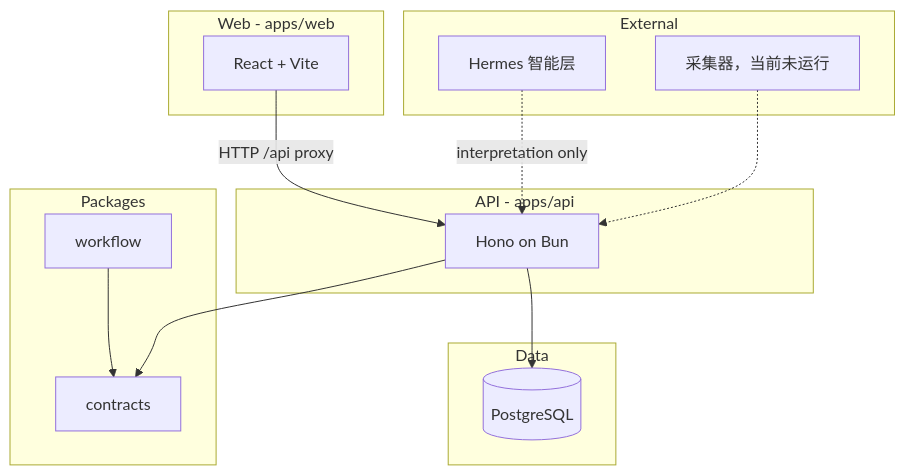
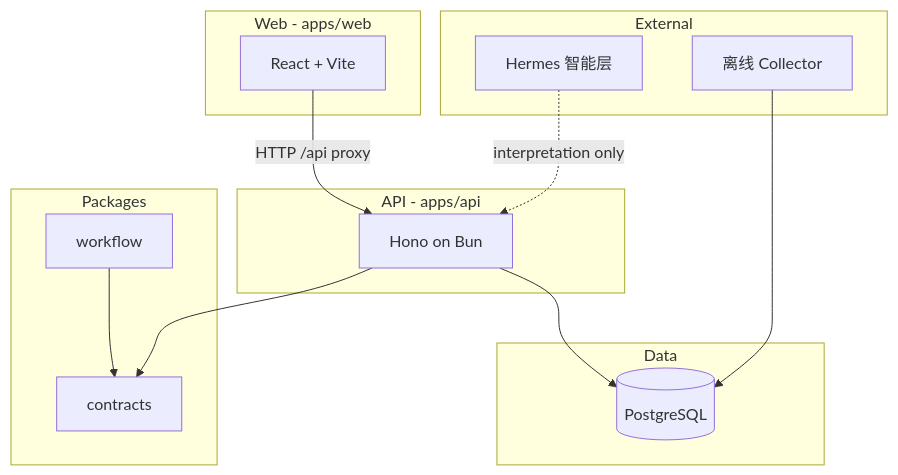
The diagram in docs/architecture/system-overview.md (rainpenber/Bili-UP-Dashboard-Next), drawn with Mermaid before and after one commit. The commit also changed other lines of this file and 40 other files, not shown here.

````diff
--- a/docs/architecture/system-overview.md
+++ b/docs/architecture/system-overview.md
@@ -5,26 +5,26 @@
 ```mermaid
 flowchart TB
   subgraph ui [Web - apps/web]
     React[React + Vite]
   end
   subgraph api [API - apps/api]
     Hono[Hono on Bun]
   end
   subgraph core [Packages]
     Contracts[contracts]
     Workflow[workflow]
   end
   subgraph data [Data]
     PG[(PostgreSQL)]
   end
   subgraph external [External]
     Hermes[Hermes 智能层]
-    Collectors[采集器，当前未运行]
+    Collectors[离线 Collector]
   end
   React -->|HTTP /api proxy| Hono
   Hono --> Contracts
   Workflow --> Contracts
   Hono --> PG
-  Collectors -.-> Hono
+  Collectors --> PG
   Hermes -.->|interpretation only| Hono
 ```
````
